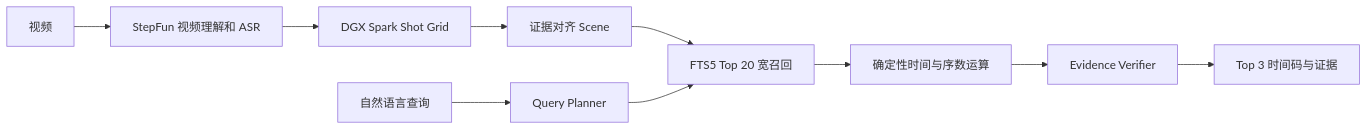
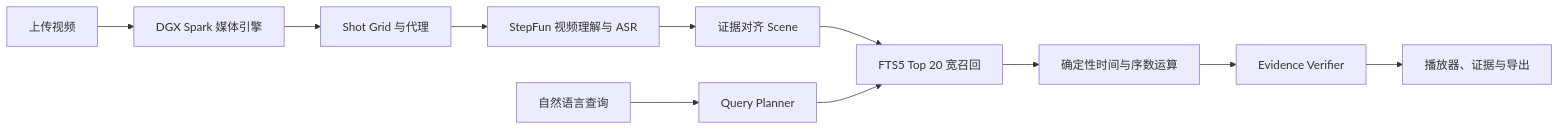
The diagram in README.md (MaoDingA/ShotSeek), drawn with Mermaid before and after one commit. The commit also changed other lines of this file and 14 other files, not shown here.

````diff
--- a/README.md
+++ b/README.md
@@ -18,12 +22,13 @@
-~~~mermaid
+```mermaid
 flowchart LR
-    A[视频] --> B[StepFun 视频理解和 ASR]
-    B --> C[DGX Spark Shot Grid]
-    C --> D[证据对齐 Scene]
+    A[上传视频] --> B[DGX Spark 媒体引擎]
+    B --> C[Shot Grid 与代理]
+    C --> D[StepFun 视频理解与 ASR]
+    D --> E[证据对齐 Scene]
     Q[自然语言查询] --> P[Query Planner]
-    D --> R[FTS5 Top 20 宽召回]
+    E --> R[FTS5 Top 20 宽召回]
     P --> R
     R --> T[确定性时间与序数运算]
     T --> V[Evidence Verifier]
-    V --> O[Top 3 时间码与证据]
-~~~
+    V --> O[播放器、证据与导出]
+```
````
